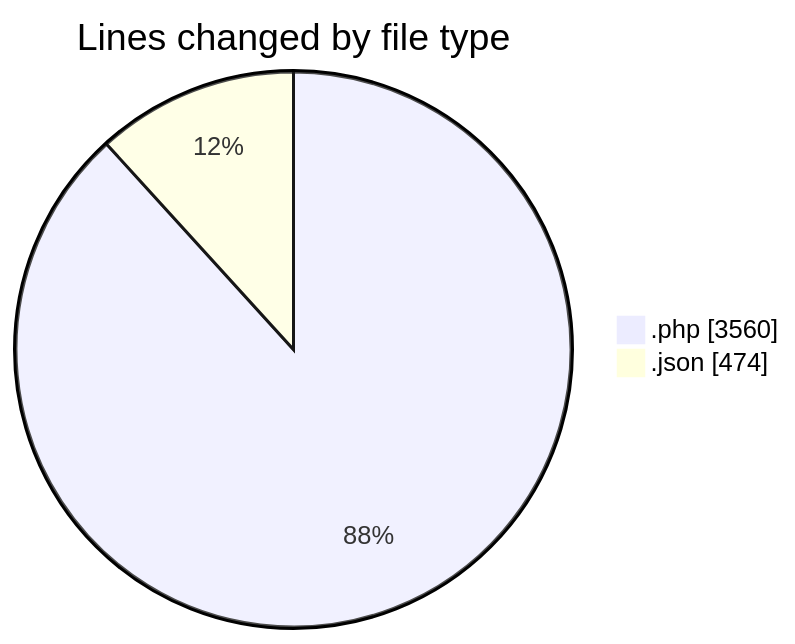
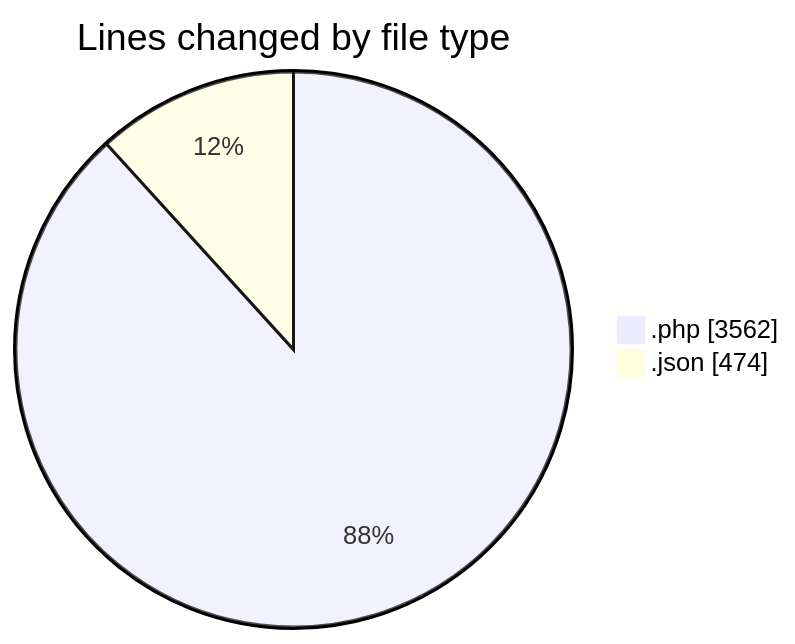
Before and after one commit to idhammustaqopulfikri/code-tracking: the first of 2 diagrams in 2025-06-16/studio-backend/README.md, drawn with Mermaid. The commit also changed other lines of this file and 1 other file, not shown here.

````diff
--- a/2025-06-16/studio-backend/README.md
+++ b/2025-06-16/studio-backend/README.md
@@ -36,6 +36,6 @@
 ```mermaid
 pie showData
 title Lines changed by file type
-".php" : 3560
+".php" : 3562
 ".json" : 474
 ```
````
